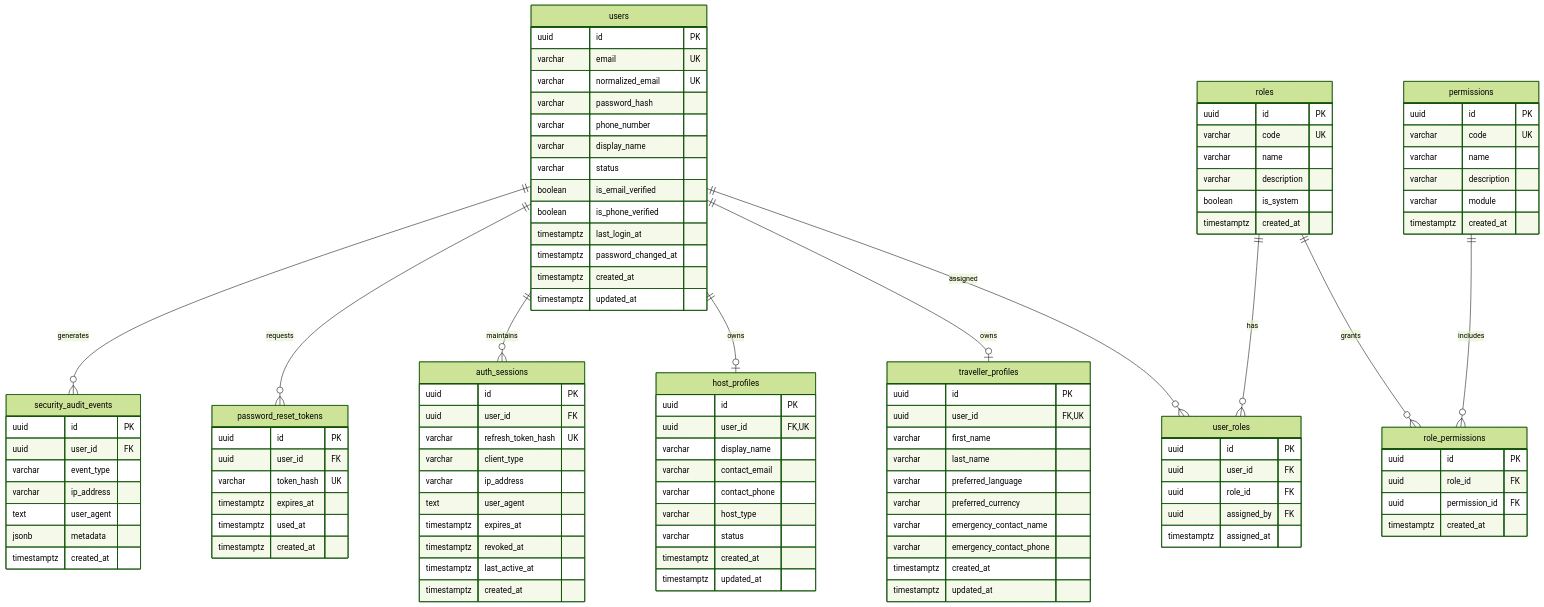
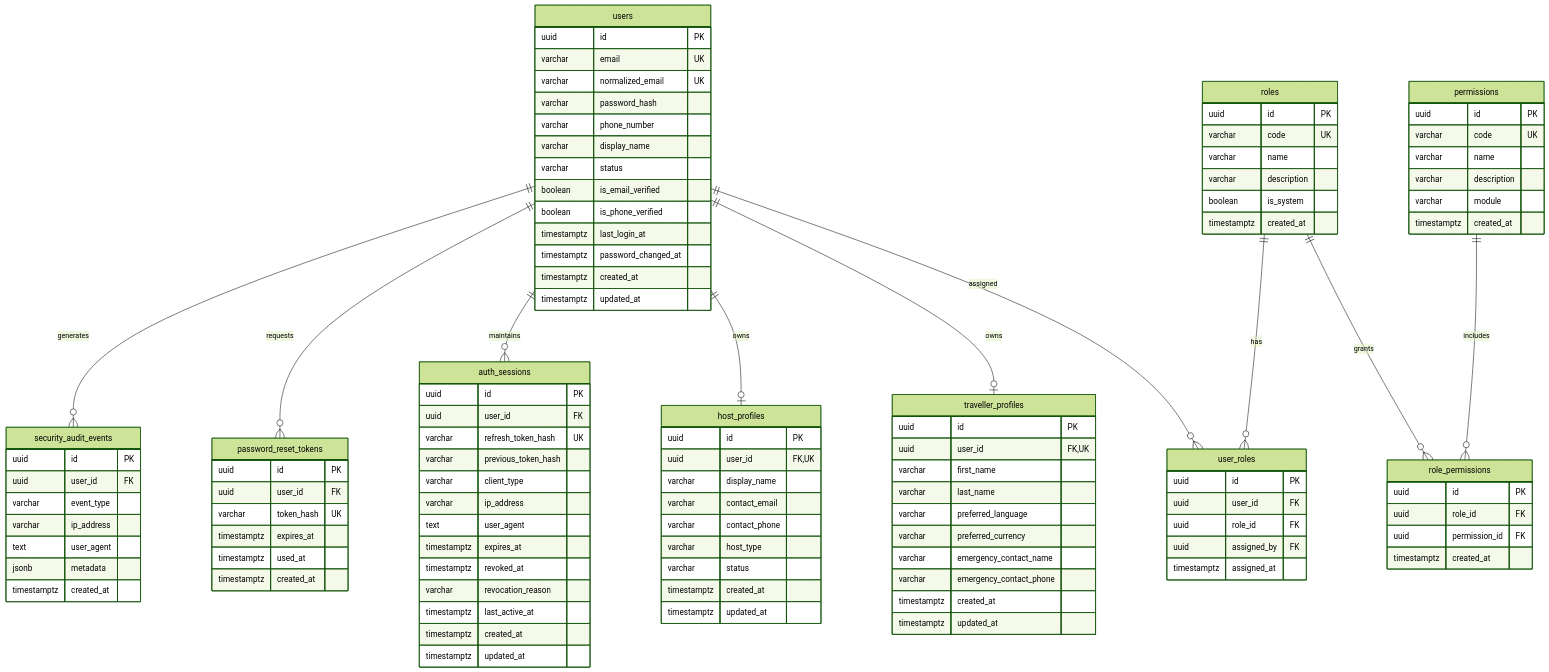
The first of 2 diagrams in docs/architecture/phase-1b-identity-design.md (kavicastelo/luggage-storage), drawn with Mermaid (forest theme) before and after one commit. The commit also changed other lines of this file and 15 other files, not shown here.

Commit message:
feat(identity): implement WP-02 database schema, migrations, and integration tests

```diff
--- a/docs/architecture/phase-1b-identity-design.md
+++ b/docs/architecture/phase-1b-identity-design.md
@@ -118,13 +134,16 @@
         uuid id PK
         uuid user_id FK
         varchar refresh_token_hash UK
+        varchar previous_token_hash
         varchar client_type
         varchar ip_address
         text user_agent
         timestamptz expires_at
         timestamptz revoked_at
+        varchar revocation_reason
         timestamptz last_active_at
         timestamptz created_at
+        timestamptz updated_at
     }
 
     password_reset_tokens {
```
